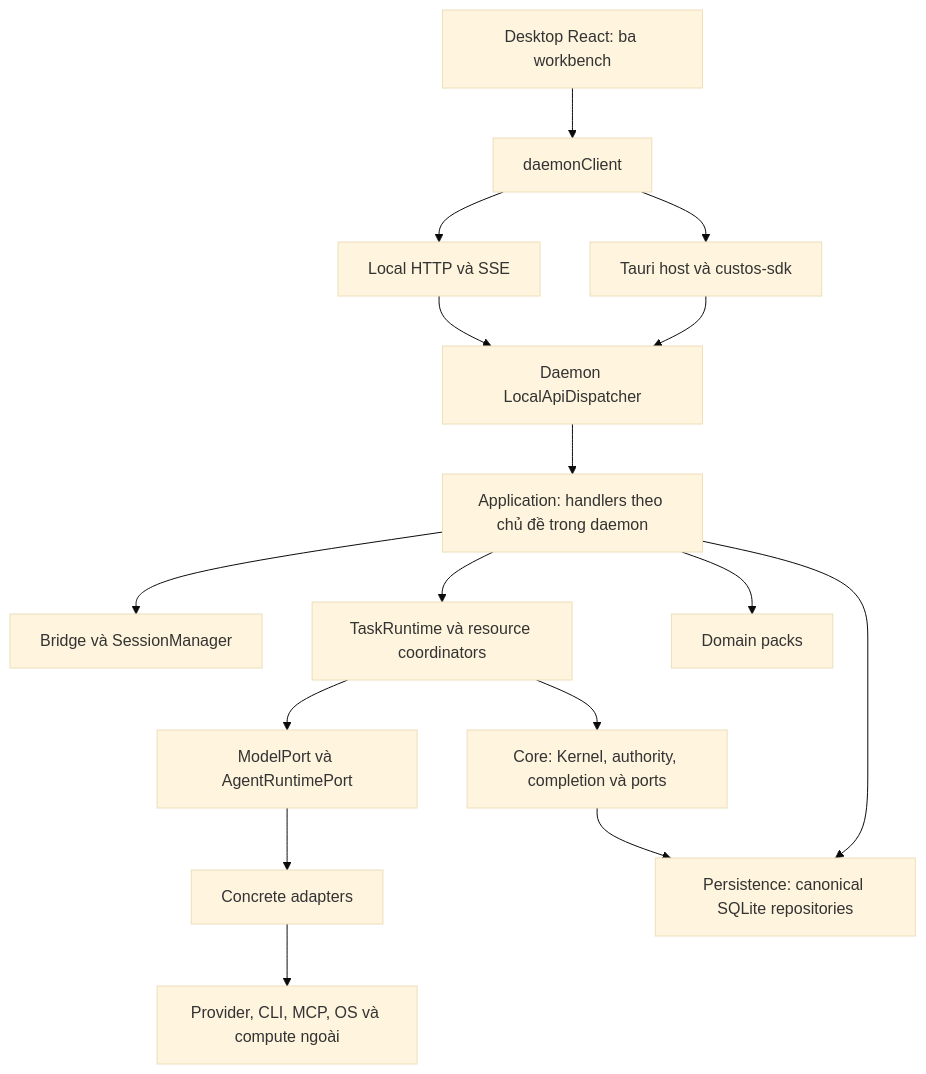
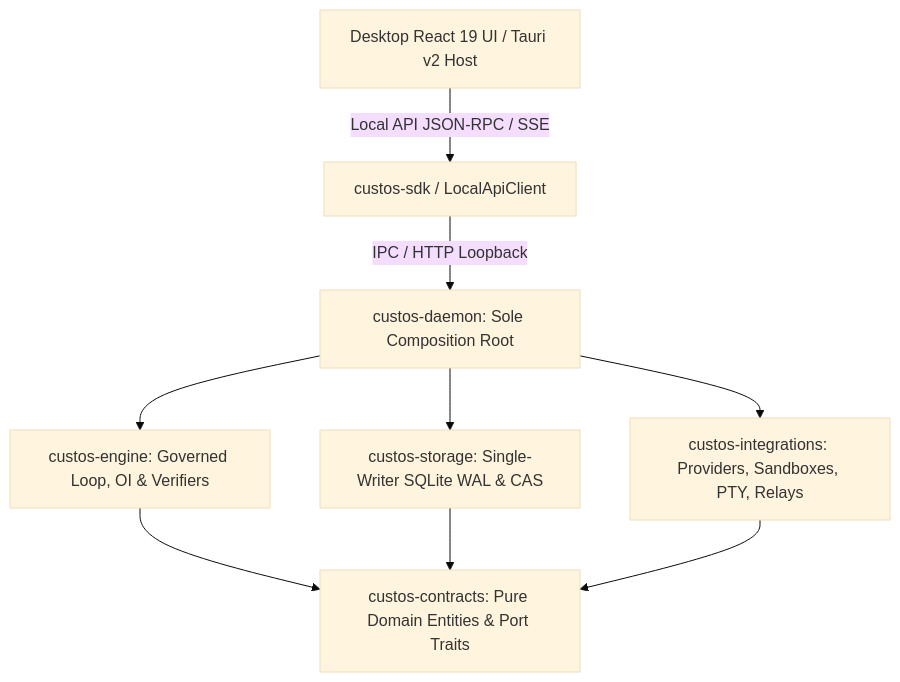
Before and after one commit to civi0411/Custos: the diagram in docs/architecture/desktop-core-interaction-map.md, drawn with Mermaid (base theme). The commit also changed other lines of this file and 53 other files, not shown here.

First line of the commit message:
docs(architecture): rewrite and synchronize docs with 4 canonical platform blocks

````diff
--- a/docs/architecture/desktop-core-interaction-map.md
+++ b/docs/architecture/desktop-core-interaction-map.md
@@ -51,18 +17,11 @@
 ```mermaid
 flowchart TD
-    UI[Desktop React: ba workbench] --> DC[daemonClient]
-    DC --> HOST[Tauri host và custos-sdk]
-    DC --> HTTP[Local HTTP và SSE]
-    HOST --> API[Daemon LocalApiDispatcher]
-    HTTP --> API
-    API --> APP[Application: handlers theo chủ đề trong daemon]
-    APP --> BR[Bridge và SessionManager]
-    APP --> RT[TaskRuntime và resource coordinators]
-    APP --> PACK[Domain packs]
-    RT --> CORE[Core: Kernel, authority, completion và ports]
-    RT --> PORT[ModelPort và AgentRuntimePort]
-    PORT --> AD[Concrete adapters]
-    APP --> DB[Persistence: canonical SQLite repositories]
-    CORE --> DB
-    AD --> EXT[Provider, CLI, MCP, OS và compute ngoài]
+ UI[Desktop React 19 UI / Tauri v2 Host] -->|Local API JSON-RPC / SSE| SDK[custos-sdk / LocalApiClient]
+ SDK -->|IPC / HTTP Loopback| DAEMON[custos-daemon: Sole Composition Root]
+ DAEMON --> ENG[custos-engine: Governed Loop, OI & Verifiers]
+ DAEMON --> INT[custos-integrations: Providers, Sandboxes, PTY, Relays]
+ DAEMON --> STORE[custos-storage: Single-Writer SQLite WAL & CAS]
+ ENG --> CONT[custos-contracts: Pure Domain Entities & Port Traits]
+ STORE --> CONT
+ INT --> CONT
 ```
````
